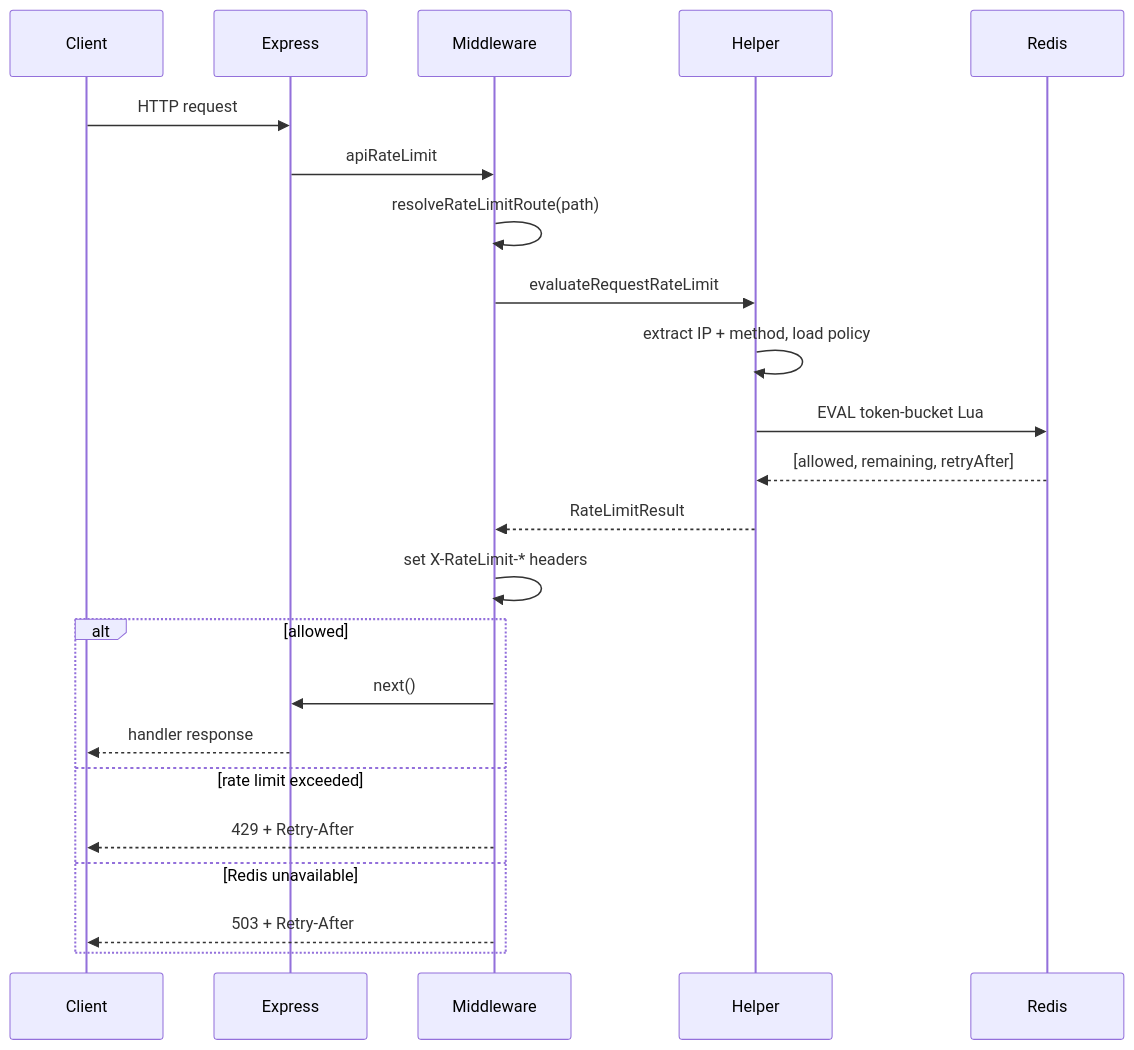
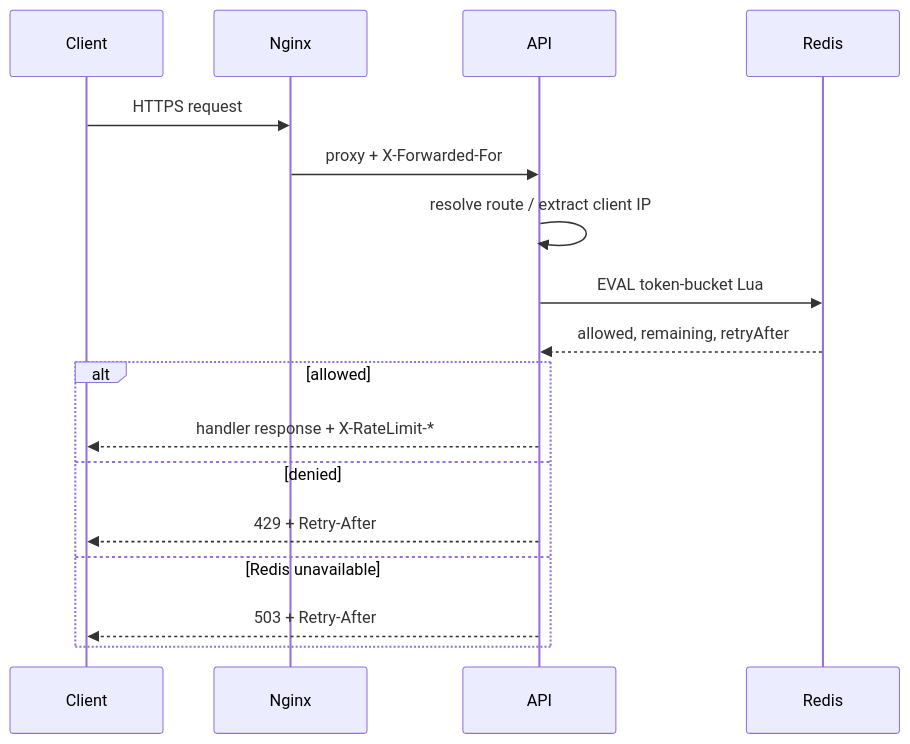
One commit to gerimujo496/rate-limiter changed the second of 3 diagrams in README.md. Above: the diagram before and after it, drawn with Mermaid. The commit also changed other lines of this file and 9 other files, not shown here.

````diff
--- a/README.md
+++ b/README.md
@@ -60,26 +435,20 @@
 ```mermaid
 sequenceDiagram
     participant Client
-    participant Express
-    participant Middleware
-    participant Helper
+    participant Nginx
+    participant API
     participant Redis
 
-    Client->>Express: HTTP request
-    Express->>Middleware: apiRateLimit
-    Middleware->>Middleware: resolveRateLimitRoute(path)
-    Middleware->>Helper: evaluateRequestRateLimit
-    Helper->>Helper: extract IP + method, load policy
-    Helper->>Redis: EVAL token-bucket Lua
-    Redis-->>Helper: [allowed, remaining, retryAfter]
-    Helper-->>Middleware: RateLimitResult
-    Middleware->>Middleware: set X-RateLimit-* headers
+    Client->>Nginx: HTTPS request
+    Nginx->>API: proxy + X-Forwarded-For
+    API->>API: resolve route / extract client IP
+    API->>Redis: EVAL token-bucket Lua
+    Redis-->>API: allowed, remaining, retryAfter
     alt allowed
-        Middleware->>Express: next()
-        Express-->>Client: handler response
-    else rate limit exceeded
-        Middleware-->>Client: 429 + Retry-After
+        API-->>Client: handler response + X-RateLimit-*
+    else denied
+        API-->>Client: 429 + Retry-After
     else Redis unavailable
-        Middleware-->>Client: 503 + Retry-After
+        API-->>Client: 503 + Retry-After
     end
 ```
````
